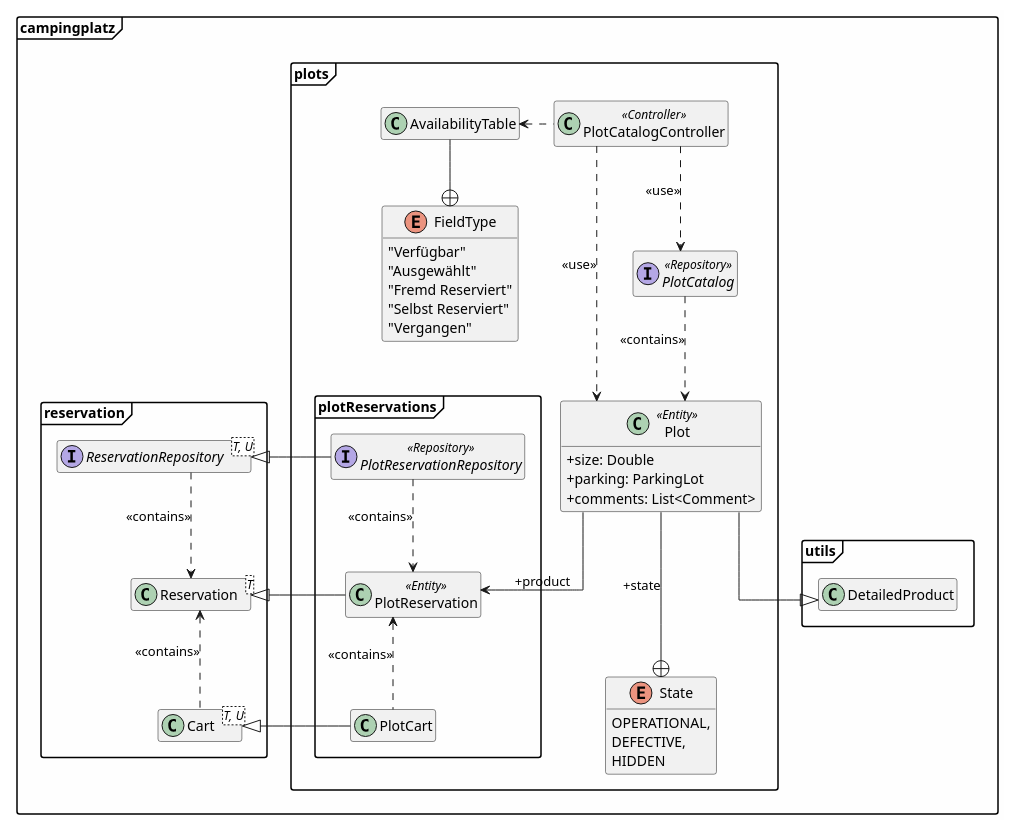
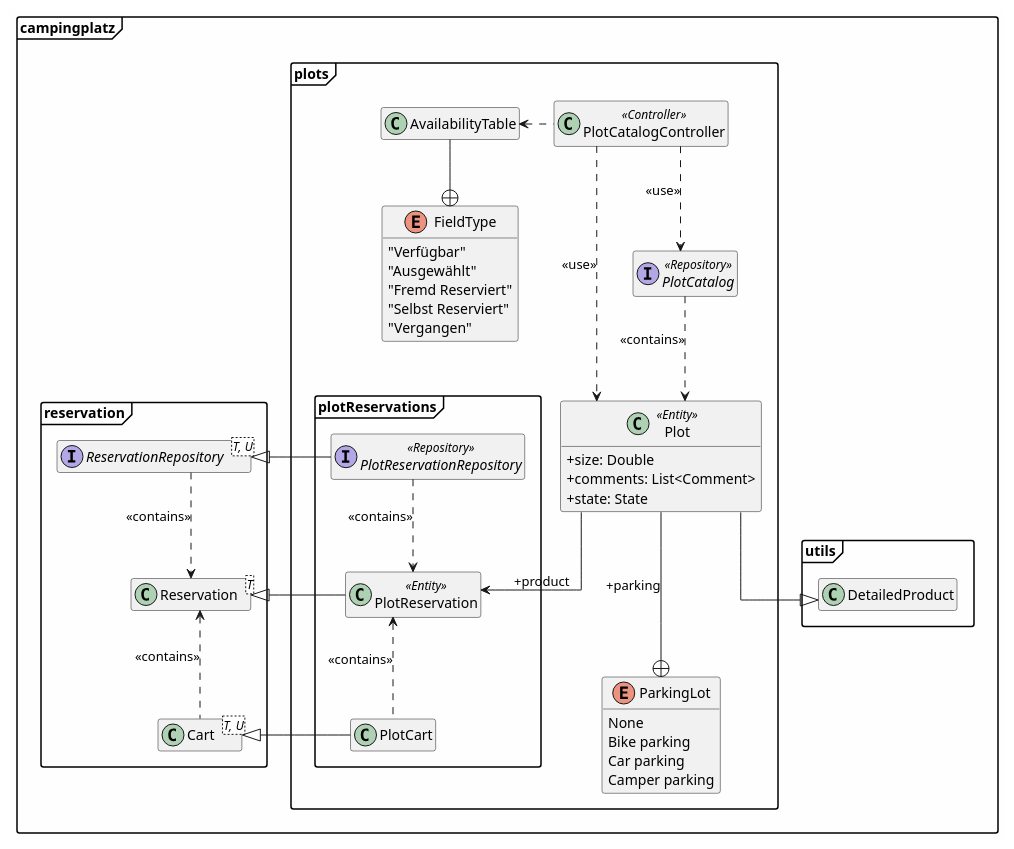
The diagram in src/main/asciidoc/models/design/EKD_plots_kompakt.puml (ShadowPaint-SP/Softwaretechnologieprojekt), drawn with PlantUML before and after one commit. The commit also changed 1 other file, not shown here.

Commit message:
change enum in UML from state to parking

```diff
--- a/src/main/asciidoc/models/design/EKD_plots_kompakt.puml
+++ b/src/main/asciidoc/models/design/EKD_plots_kompakt.puml
@@ -1,103 +1,104 @@
 @startuml
 hide empty fields
 hide empty methods
 skinparam classAttributeIconSize 0
 skinparam linetype ortho
 skinparam BackgroundColor #FEFEFE
 allowmixing
 skinparam packageStyle Frame
 
 package campingplatz {
     package plots {
 
         class AvailabilityTable {
         }
 
         enum FieldType{
             "Verfügbar"
             "Ausgewählt"
             "Fremd Reserviert"
             "Selbst Reserviert"
             "Vergangen"
          }
 
-        enum State{
-            OPERATIONAL,
-            DEFECTIVE,
-            HIDDEN
+        enum ParkingLot {
+            None
+            Bike parking
+            Car parking
+            Camper parking
         }
         class Plot<<Entity>>{
             +size: Double
-            +parking: ParkingLot
             +comments: List<Comment>
+            +state: State
         }
         interface PlotCatalog<<Repository>>{
 
         }
 
         class PlotCatalogController<<Controller>> {
 
         }
 
         package plotReservations {
 
             class PlotCart {
 
             }
 
             class PlotReservation<<Entity>>{
 
             }
 
             interface PlotReservationRepository<<Repository>> {
 
             }
 
         }
     }
 
     package reservation {
         class Cart<T, U> {
 
         }
 
         class Reservation<T> {
 
         }
 
         interface ReservationRepository<T, U> {
 
         }
     }
 }
 
 PlotCatalogController .left.> AvailabilityTable
 AvailabilityTable -down-+ FieldType
 
 PlotCatalogController .down.> PlotCatalog: <<use>>
 PlotCatalogController .down.> Plot: <<use>>
 PlotCatalog .down.> Plot: <<contains>>
 
 PlotCart -left-|> campingplatz.reservation.Cart
 PlotReservation -left-|> campingplatz.reservation.Reservation
 PlotReservationRepository -left-|> campingplatz.reservation.ReservationRepository
 
 Cart .up.> Reservation: <<contains>>
 PlotCart .up.> PlotReservation: <<contains>>
 ReservationRepository .down.> Reservation: <<contains>>
 PlotReservationRepository .down.> PlotReservation: <<contains>>
 
 Plot --|> campingplatz.utils.DetailedProduct
-Plot ---+ State: +state
+Plot ---+ ParkingLot: +parking
 Plot --> PlotReservation: +product
 ' above arrow goes in the wrong direction, but I cant seem to get the
 ' layout to work correctly when flipping it the right way around. it
 ' just has to be fixed in post
 
 
 
 
 
 
 
 @enduml
```
